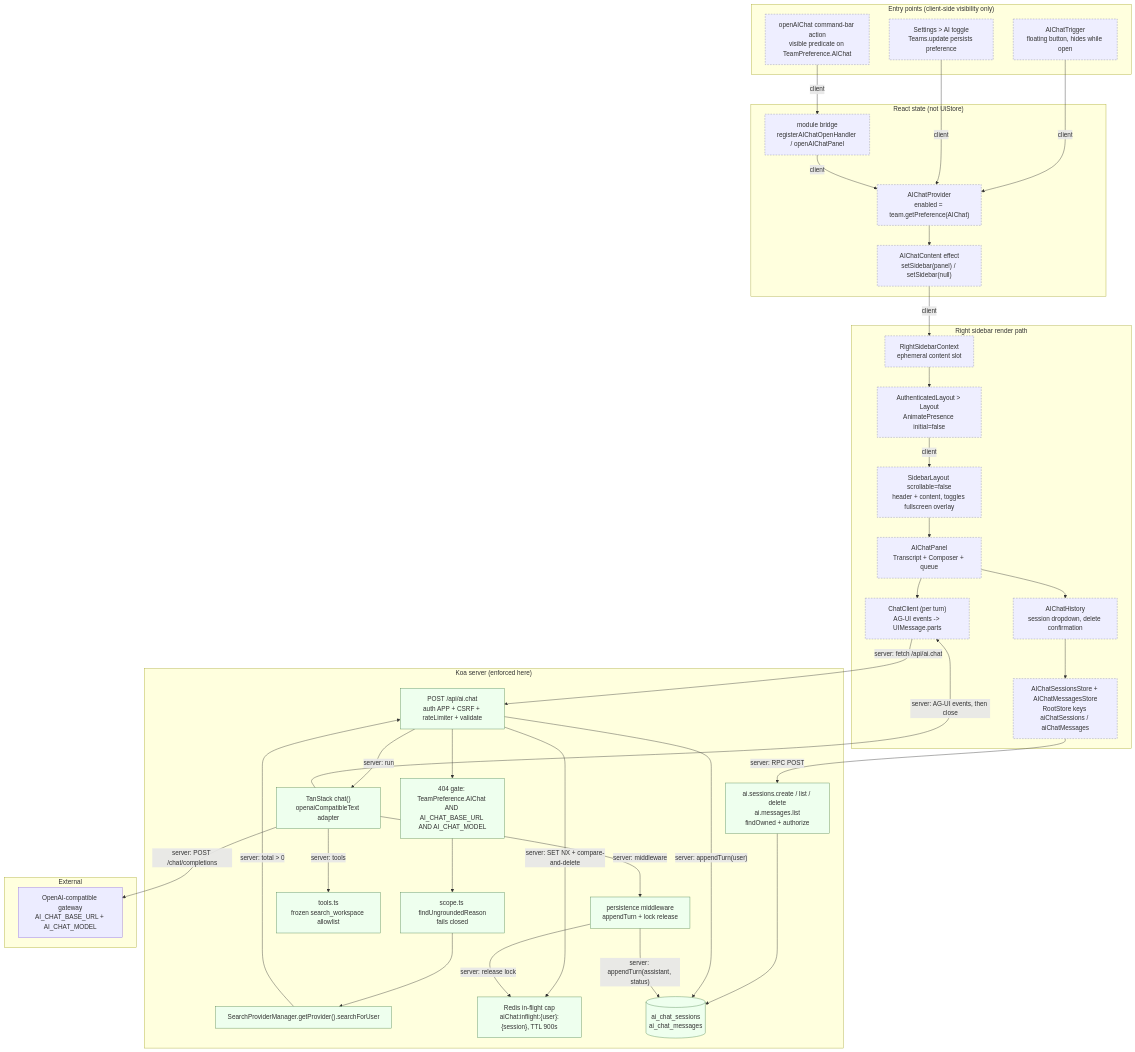
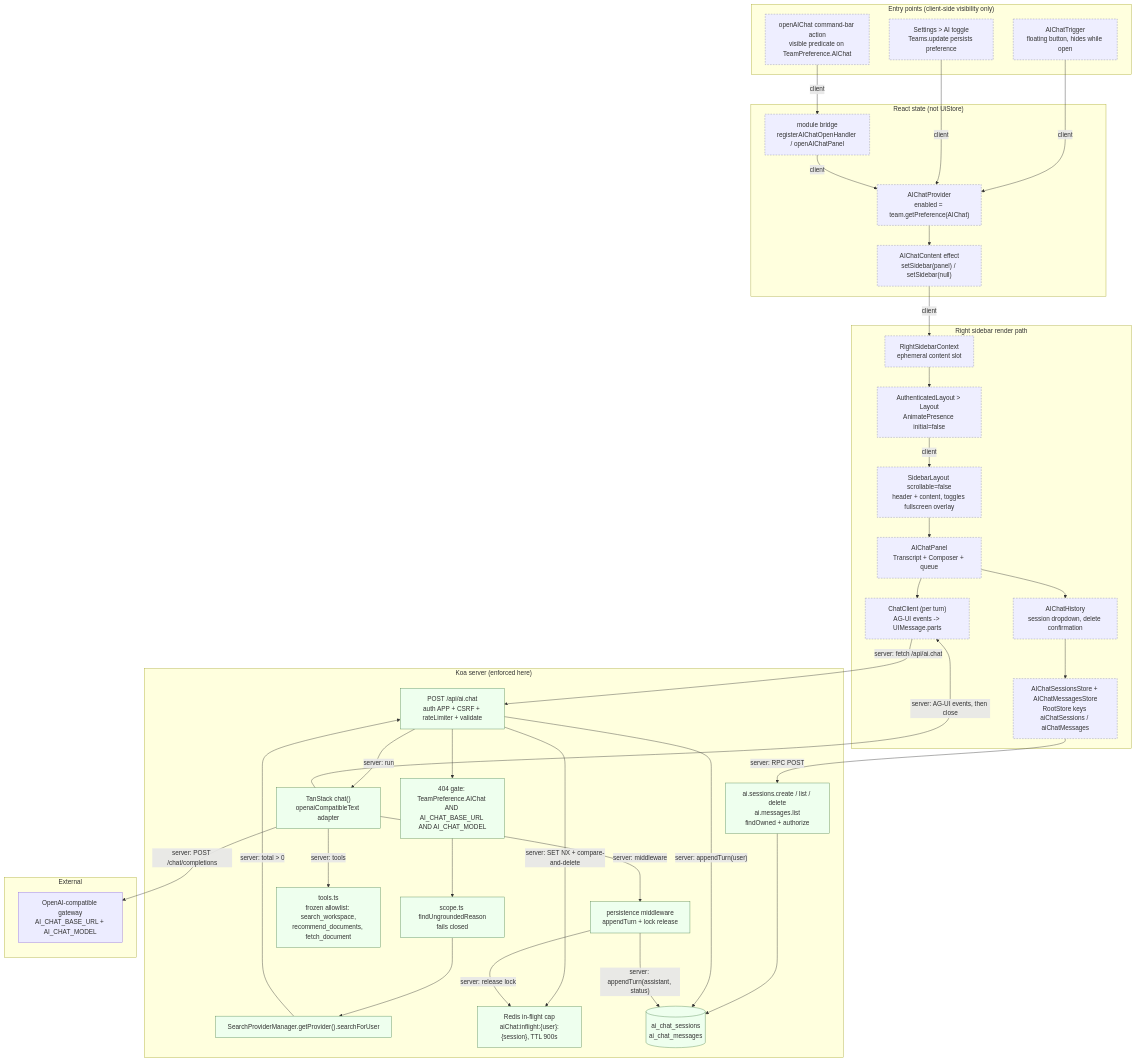
Before and after one commit to donichristian/outline-ygpkb: the second of 2 diagrams in docs/AI-CHAT-DESIGN.md, drawn with Mermaid. The commit also changed other lines of this file and 5 other files, not shown here.

````diff
--- a/docs/AI-CHAT-DESIGN.md
+++ b/docs/AI-CHAT-DESIGN.md
@@ -537,75 +556,75 @@
 ```mermaid
 flowchart TD
     subgraph entry["Entry points (client-side visibility only)"]
         Trigger["AIChatTrigger<br/>floating button, hides while open"]
         Action["openAIChat command-bar action<br/>visible predicate on TeamPreference.AIChat"]
         Toggle["Settings > AI toggle<br/>Teams.update persists preference"]
     end
 
     subgraph state["React state (not UiStore)"]
         Provider["AIChatProvider<br/>enabled = team.getPreference(AIChat)"]
         Bridge["module bridge<br/>registerAIChatOpenHandler / openAIChatPanel"]
         Content["AIChatContent effect<br/>setSidebar(panel) / setSidebar(null)"]
     end
 
 subgraph render["Right sidebar render path"]
 SidebarCtx["RightSidebarContext<br/>ephemeral content slot"]
 Layout["AuthenticatedLayout > Layout<br/>AnimatePresence initial=false"]
 SidebarLayout["SidebarLayout scrollable=false<br/>header + content, toggles fullscreen overlay"]
 Panel["AIChatPanel<br/>Transcript + Composer + queue"]
 Client["ChatClient (per turn)<br/>AG-UI events -> UIMessage.parts"]
 History["AIChatHistory<br/>session dropdown, delete confirmation"]
 Stores["AIChatSessionsStore + AIChatMessagesStore<br/>RootStore keys aiChatSessions / aiChatMessages"]
 end
 
 subgraph server["Koa server (enforced here)"]
 Route["POST /api/ai.chat<br/>auth APP + CSRF + rateLimiter + validate"]
 Gate["404 gate: TeamPreference.AIChat AND AI_CHAT_BASE_URL AND AI_CHAT_MODEL"]
 Scope["scope.ts findUngroundedReason<br/>fails closed"]
 Search["SearchProviderManager.getProvider().searchForUser"]
 Sessions["ai.sessions.create / list / delete<br/>ai.messages.list<br/>findOwned + authorize"]
 Lock["Redis in-flight cap<br/>aiChat:inflight:{user}:{session}, TTL 900s"]
 Chain["TanStack chat()<br/>openaiCompatibleText adapter"]
-Tools["tools.ts<br/>frozen search_workspace allowlist"]
+Tools["tools.ts<br/>frozen allowlist: search_workspace,<br/>recommend_documents, fetch_document"]
 Persist["persistence middleware<br/>appendTurn + lock release"]
 Db[("ai_chat_sessions<br/>ai_chat_messages")]
 end
 
 subgraph external["External"]
 Gateway["OpenAI-compatible gateway<br/>AI_CHAT_BASE_URL + AI_CHAT_MODEL"]
 end
 
 Trigger -->|"client"| Provider
 Action -->|"client"| Bridge
 Toggle -->|"client"| Provider
 Bridge -->|"client"| Provider
 Provider --> Content
 Content -->|"client"| SidebarCtx
 SidebarCtx --> Layout
 Layout -->|"client"| SidebarLayout
 SidebarLayout --> Panel
 Panel --> Client
 Panel --> History
 History --> Stores
 Client -->|"server: fetch /api/ai.chat"| Route
 Stores -->|"server: RPC POST"| Sessions
 Sessions --> Db
 Route --> Gate
 Gate --> Scope
 Scope --> Search
 Search -->|"server: total > 0"| Route
 Route -->|"server: SET NX + compare-and-delete"| Lock
 Route -->|"server: appendTurn(user)"| Db
 Route -->|"server: run"| Chain
 Chain -->|"server: tools"| Tools
 Chain -->|"server: middleware"| Persist
 Persist -->|"server: appendTurn(assistant, status)"| Db
 Persist -->|"server: release lock"| Lock
 Chain -->|"server: POST /chat/completions"| Gateway
 Chain -->|"server: AG-UI events, then close"| Client
 
 classDef clientOnly fill:#eef,stroke:#88a,stroke-dasharray:4 3
 classDef serverSide fill:#efe,stroke:#585
 class Trigger,Action,Toggle,Provider,Bridge,Content,SidebarCtx,Layout,SidebarLayout,Panel,Client,History,Stores clientOnly
 class Route,Gate,Scope,Search,Sessions,Lock,Chain,Tools,Persist,Db serverSide
 ```
````
